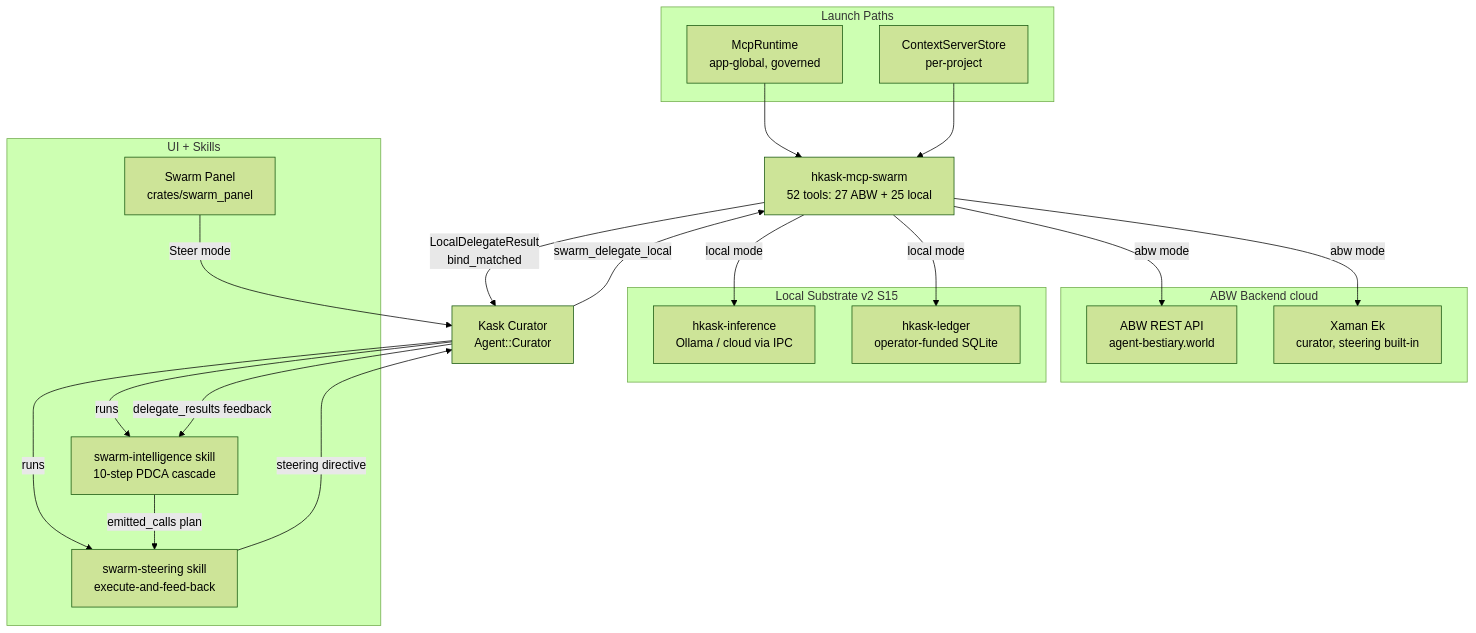
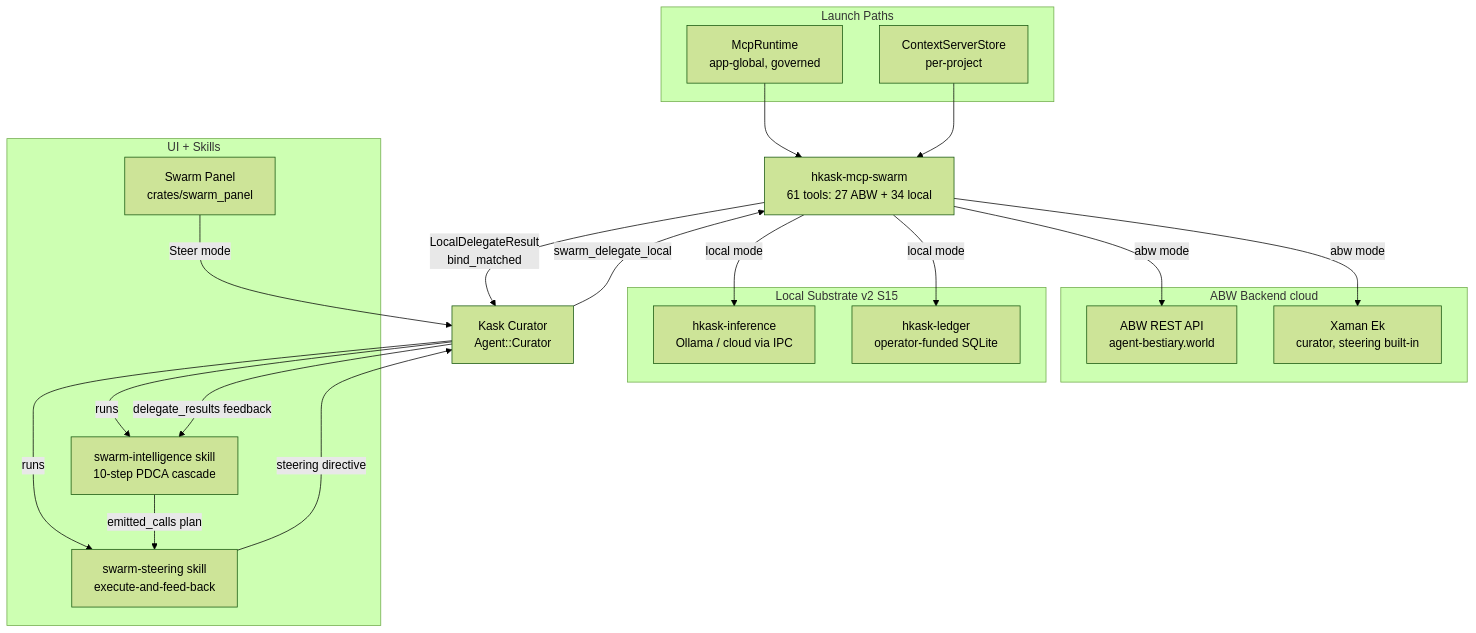
Before and after one commit to mdz-axo/zed-kask: the diagram in kask/docs/diagrams/flowchart-swarm-architecture.md, drawn with Mermaid (forest theme). The commit also changed other lines of this file and 25 other files, not shown here.

````diff
--- a/kask/docs/diagrams/flowchart-swarm-architecture.md
+++ b/kask/docs/diagrams/flowchart-swarm-architecture.md
@@ -15,39 +15,39 @@
 ```mermaid
 flowchart TD
     subgraph launch[Launch Paths]
         MR[McpRuntime<br/>app-global, governed]
         CS[ContextServerStore<br/>per-project]
     end
-    SWARM[hkask-mcp-swarm<br/>52 tools: 27 ABW + 25 local]
+    SWARM[hkask-mcp-swarm<br/>61 tools: 27 ABW + 34 local]
     MR --> SWARM
     CS --> SWARM
 
     subgraph abw[ABW Backend cloud]
         ABW_API[ABW REST API<br/>agent-bestiary.world]
         XAMAN[Xaman Ek<br/>curator, steering built-in]
     end
 
     subgraph local[Local Substrate v2 S15]
         INF[hkask-inference<br/>Ollama / cloud via IPC]
         LEDGER[hkask-ledger<br/>operator-funded SQLite]
     end
 
     SWARM -->|abw mode| ABW_API
     SWARM -->|abw mode| XAMAN
     SWARM -->|local mode| INF
     SWARM -->|local mode| LEDGER
 
     subgraph ui[UI + Skills]
         PANEL[Swarm Panel<br/>crates/swarm_panel]
         SI[swarm-intelligence skill<br/>10-step PDCA cascade]
         SS[swarm-steering skill<br/>execute-and-feed-back]
     end
     PANEL -->|Steer mode| CURATOR[Kask Curator<br/>Agent::Curator]
     CURATOR -->|runs| SI
     CURATOR -->|runs| SS
     SI -->|emitted_calls plan| SS
     SS -->|steering directive| CURATOR
     CURATOR -->|swarm_delegate_local| SWARM
     SWARM -->|LocalDelegateResult<br/>bind_matched| CURATOR
     CURATOR -->|delegate_results feedback| SI
 ```
````
